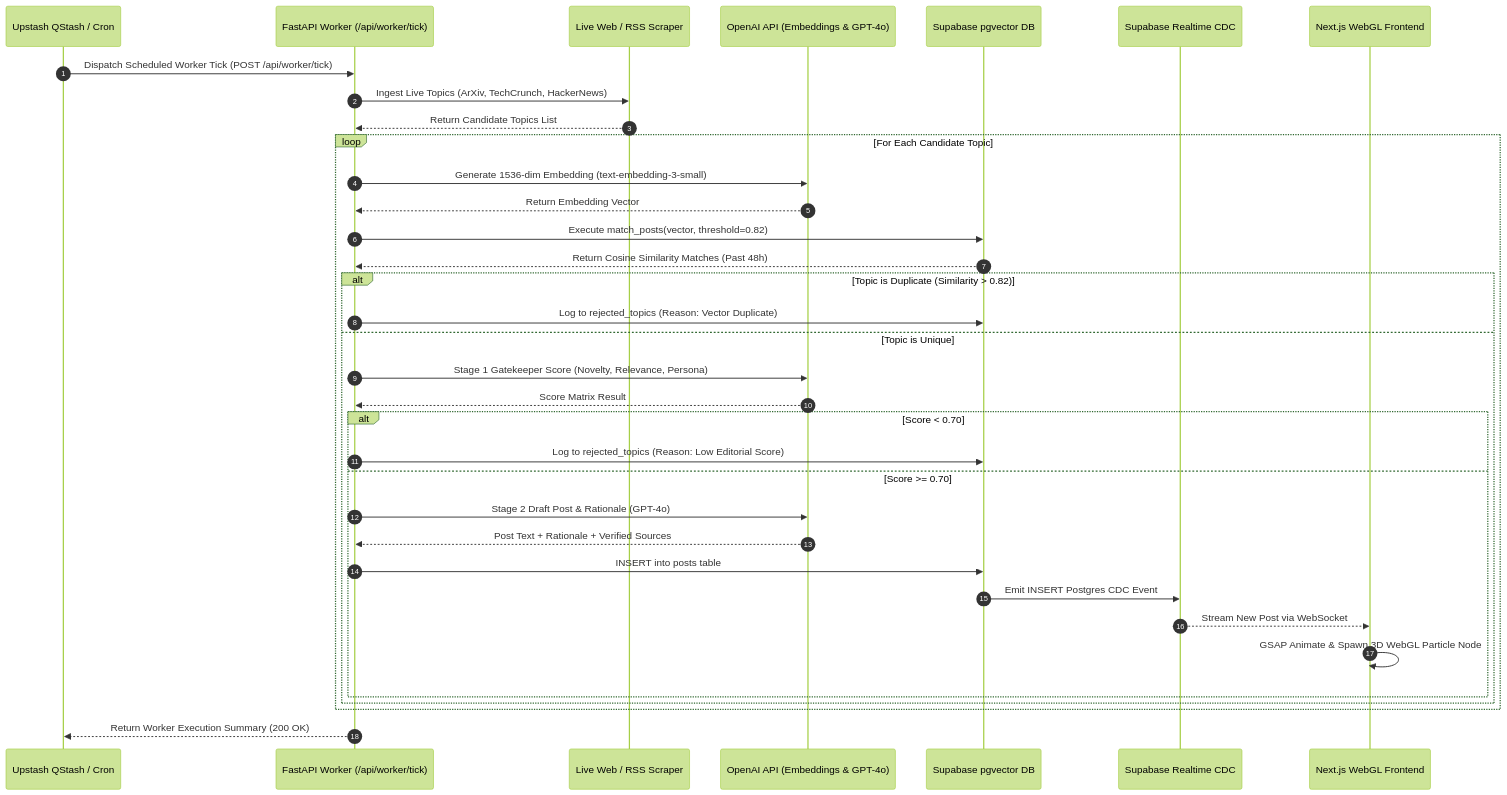
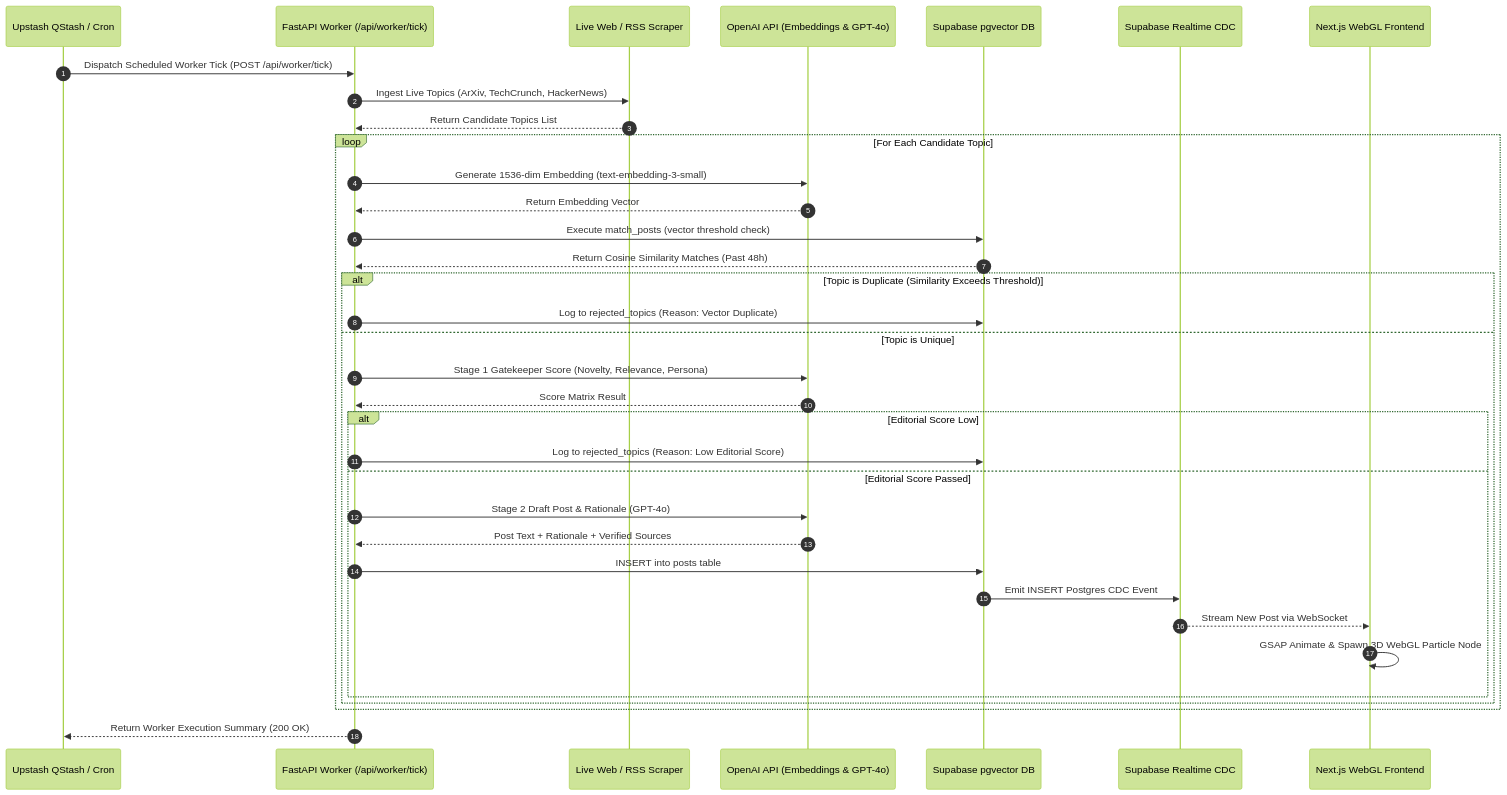
One commit to Akhandcode/VHACKATHON changed the second of 3 diagrams in README.md. Above: the diagram before and after it, drawn with Mermaid (forest theme). The commit also changed other lines of this file, not shown here.

Commit message:
fix: resolve Mermaid diagram syntax error in README

````diff
--- a/README.md
+++ b/README.md
@@ -121,41 +121,41 @@
 ```mermaid
 sequenceDiagram
     autonumber
     participant QStash as Upstash QStash / Cron
     participant Worker as FastAPI Worker (/api/worker/tick)
     participant Scraper as Live Web / RSS Scraper
     participant OpenAI as OpenAI API (Embeddings & GPT-4o)
     participant DB as Supabase pgvector DB
     participant CDC as Supabase Realtime CDC
     participant Frontend as Next.js WebGL Frontend
 
     QStash->>Worker: Dispatch Scheduled Worker Tick (POST /api/worker/tick)
     Worker->>Scraper: Ingest Live Topics (ArXiv, TechCrunch, HackerNews)
     Scraper-->>Worker: Return Candidate Topics List
     
     loop For Each Candidate Topic
         Worker->>OpenAI: Generate 1536-dim Embedding (text-embedding-3-small)
         OpenAI-->>Worker: Return Embedding Vector
-        Worker->>DB: Execute match_posts(vector, threshold=0.82)
+        Worker->>DB: Execute match_posts (vector threshold check)
         DB-->>Worker: Return Cosine Similarity Matches (Past 48h)
         
-        alt Topic is Duplicate (Similarity > 0.82)
+        alt Topic is Duplicate (Similarity Exceeds Threshold)
             Worker->>DB: Log to rejected_topics (Reason: Vector Duplicate)
         else Topic is Unique
             Worker->>OpenAI: Stage 1 Gatekeeper Score (Novelty, Relevance, Persona)
             OpenAI-->>Worker: Score Matrix Result
             
-            alt Score < 0.70
+            alt Editorial Score Low
                 Worker->>DB: Log to rejected_topics (Reason: Low Editorial Score)
-            else Score >= 0.70
+            else Editorial Score Passed
                 Worker->>OpenAI: Stage 2 Draft Post & Rationale (GPT-4o)
                 OpenAI-->>Worker: Post Text + Rationale + Verified Sources
                 Worker->>DB: INSERT into posts table
                 DB->>CDC: Emit INSERT Postgres CDC Event
                 CDC-->>Frontend: Stream New Post via WebSocket
                 Frontend->>Frontend: GSAP Animate & Spawn 3D WebGL Particle Node
             end
         end
     end
     Worker-->>QStash: Return Worker Execution Summary (200 OK)
 ```
````
